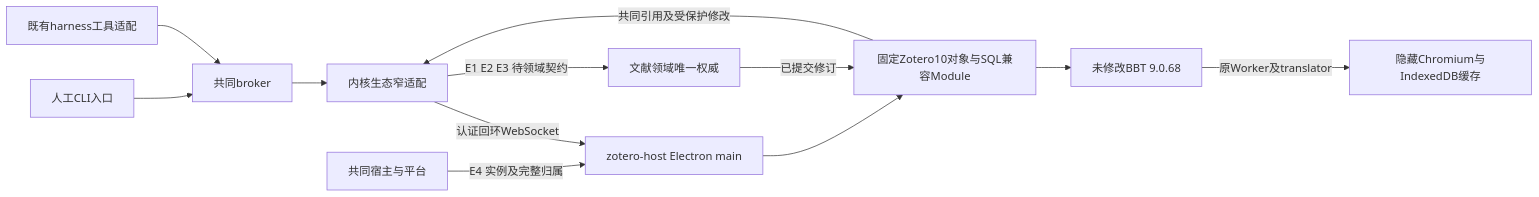
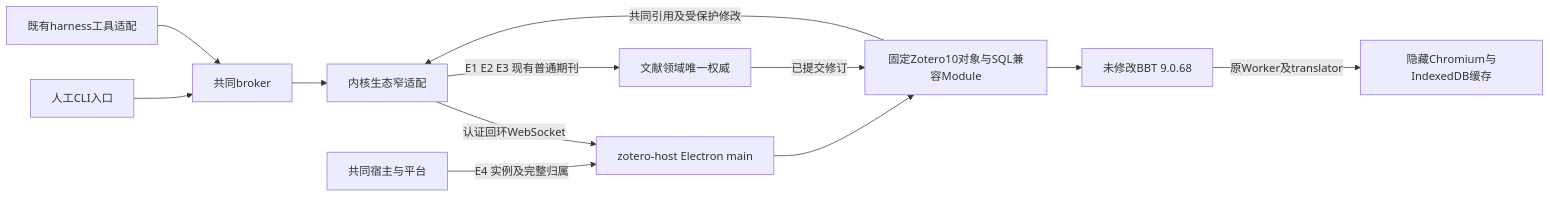
One commit to leike0813/Scholoom changed the second of 3 diagrams in openspec/changes/connect-zotero-host-bbt/design.md. Above: the diagram before and after it, drawn with Mermaid. The commit also changed other lines of this file and 14 other files, not shown here.

````diff
--- a/openspec/changes/connect-zotero-host-bbt/design.md
+++ b/openspec/changes/connect-zotero-host-bbt/design.md
@@ -110,14 +124,14 @@
 ```mermaid
 flowchart LR
   Human[人工CLI入口] --> Broker[共同broker]
   Agent[既有harness工具适配] --> Broker
   Broker --> Adapter[内核生态窄适配]
   Adapter -->|认证回环WebSocket| Main[zotero-host Electron main]
   Main --> Compat[固定Zotero10对象与SQL兼容Module]
   Compat --> BBT[未修改BBT 9.0.68]
   BBT -->|原Worker及translator| Chromium[隐藏Chromium与IndexedDB缓存]
   Compat -->|共同引用及受保护修改| Adapter
-  Adapter -->|E1 E2 E3 待领域契约| Library[文献领域唯一权威]
+  Adapter -->|E1 E2 E3 现有普通期刊| Library[文献领域唯一权威]
   Owner[共同宿主与平台] -->|E4 实例及完整归属| Main
   Library -->|已提交修订| Compat
 ```
````
